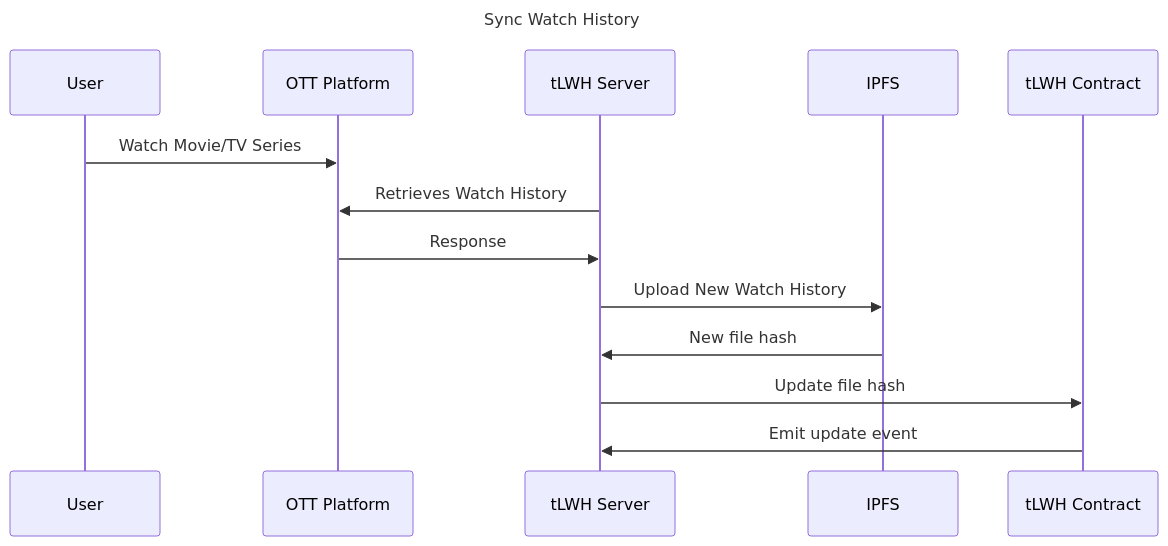
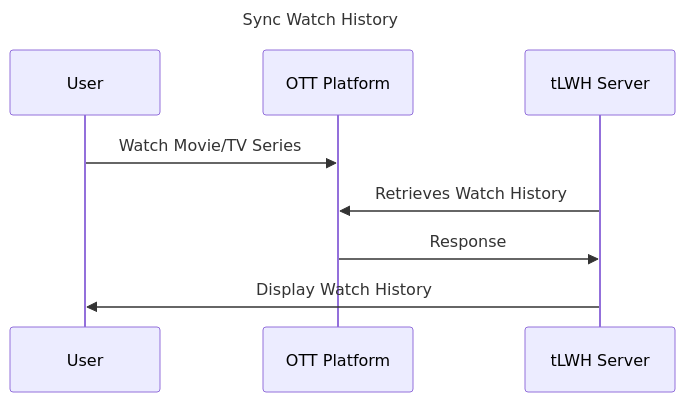
The second of 2 diagrams in README.md (absoluteyl/The-Last-Watch-Hist), drawn with Mermaid before and after one commit. The commit also changed other lines of this file, not shown here.

````diff
--- a/README.md
+++ b/README.md
@@ -43,21 +43,16 @@
 ```mermaid
 ---
 title: Sync Watch History
 ---
 
 sequenceDiagram
   participant U as User
   participant O as OTT Platform
   participant S as tLWH Server
-  participant I as IPFS
-  participant C as tLWH Contract
 
   U->>O: Watch Movie/TV Series
   S->>O: Retrieves Watch History
   O->>S: Response
-  S->>I: Upload New Watch History
-  I->>S: New file hash
-  S->>C: Update file hash
-  C->>S: Emit update event
+  S->>U: Display Watch History
 
 ```
````
